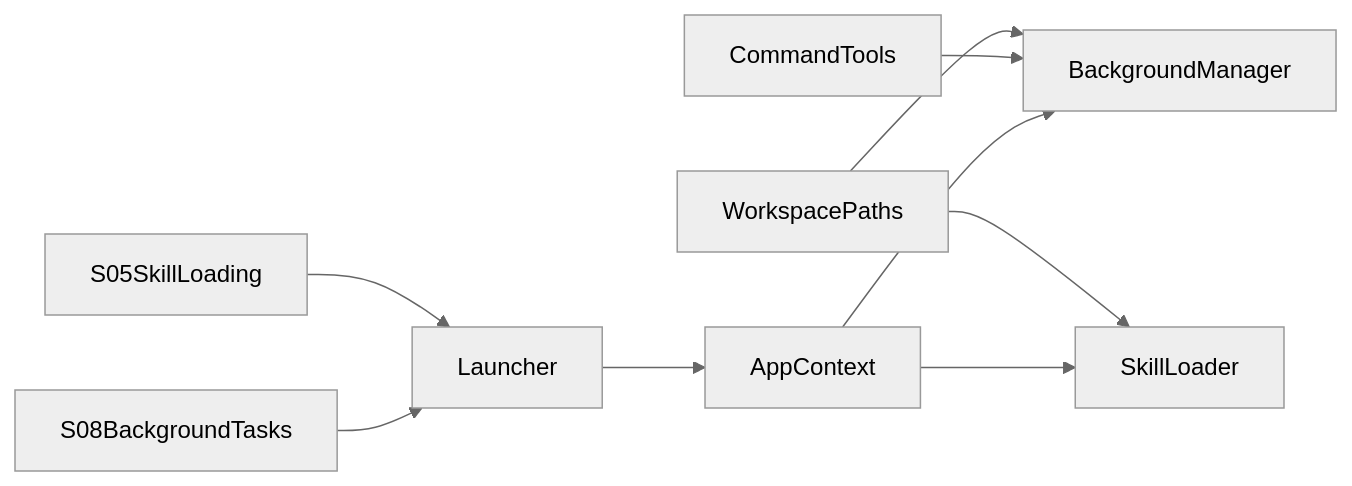
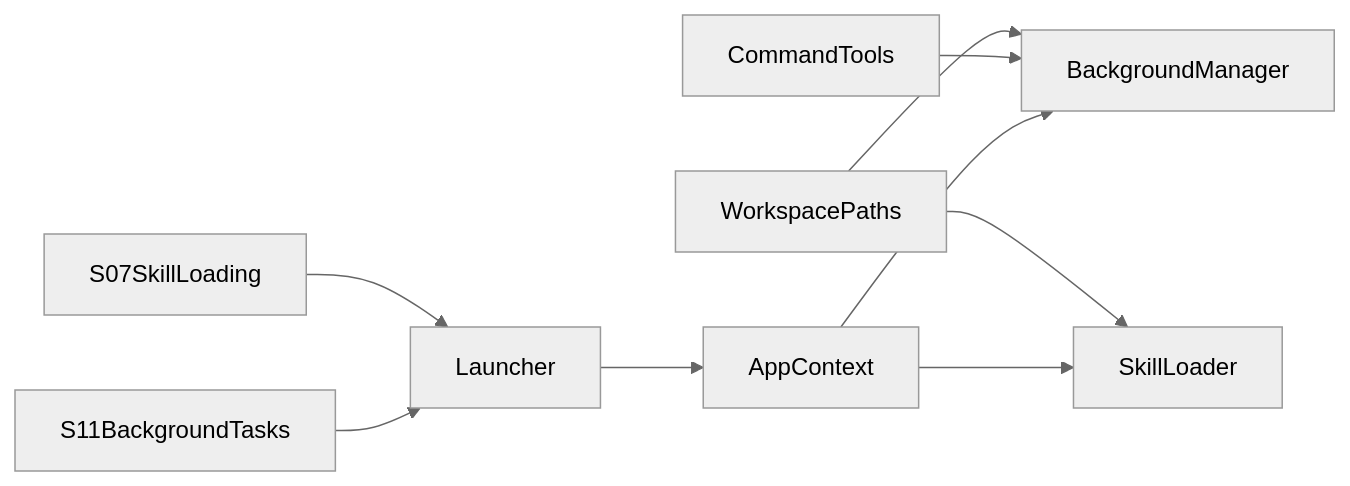
One commit to chenlds1994/learn-claude-code-java changed the sixth of 6 diagrams in .qoder/repowiki/zh/content/架构设计/组件关系与依赖/服务层关系/后台任务与技能依赖.md. Above: the diagram before and after it, drawn with Mermaid (neutral theme). The commit also changed other lines of this file and 143 other files, not shown here.

First line of the commit message:
更新 repowiki 与 drawio 教程图至 17 阶段结构

````diff
--- a/.qoder/repowiki/zh/content/架构设计/组件关系与依赖/服务层关系/后台任务与技能依赖.md
+++ b/.qoder/repowiki/zh/content/架构设计/组件关系与依赖/服务层关系/后台任务与技能依赖.md
@@ -239,11 +239,11 @@
 ```mermaid
 graph LR
 WP["WorkspacePaths"] --> BG["BackgroundManager"]
 WP --> SL["SkillLoader"]
 CT["CommandTools"] --> BG
 App["AppContext"] --> BG
 App --> SL
 L["Launcher"] --> App
-S05["S05SkillLoading"] --> L
-S08["S08BackgroundTasks"] --> L
+S07["S07SkillLoading"] --> L
+S11["S11BackgroundTasks"] --> L
 ```
````
